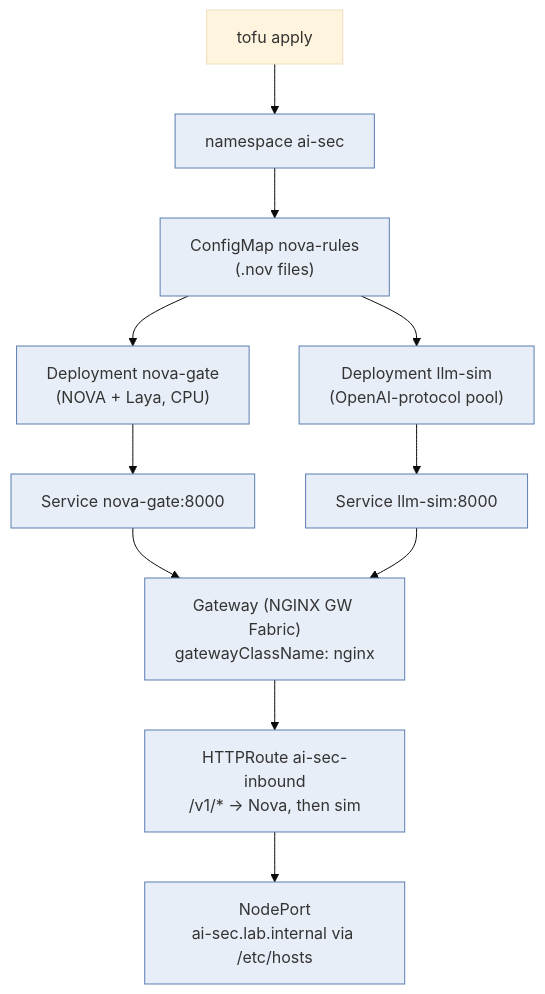
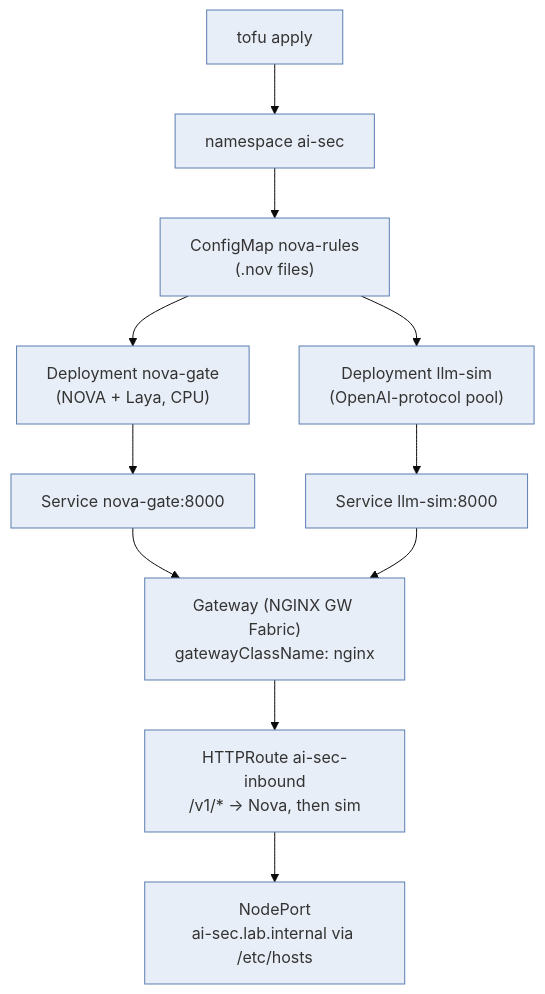
The diagram in assets/mmd/deploy-flow.mmd (shsingh/ai-sec-lab), drawn with Mermaid (base theme) before and after one commit. The commit also changed 17 other files, not shown here.

First line of the commit message:
docs+assets: figure labels M1-M7 -> 01-07 in reading order; unified transparent figure theme

```diff
--- a/assets/mmd/deploy-flow.mmd
+++ b/assets/mmd/deploy-flow.mmd
@@ -1,15 +1,17 @@
-%% M6 — deploy-flow: what tofu creates, in order
+%% Figure 07 — deploy-flow: what tofu creates, in order
 flowchart TB
     TF["tofu apply"] --> NS["namespace ai-sec"]
     NS --> CM["ConfigMap nova-rules<br/>(.nov files)"]
     CM --> DG["Deployment nova-gate<br/>(NOVA + Laya, CPU)"]
     CM --> DS["Deployment llm-sim<br/>(OpenAI-protocol pool)"]
     DG --> SG["Service nova-gate:8000"]
     DS --> SS["Service llm-sim:8000"]
     SG --> GW["Gateway (NGINX GW Fabric)<br/>gatewayClassName: nginx"]
     SS --> GW
     GW --> HR["HTTPRoute ai-sec-inbound<br/>/v1/* → Nova, then sim"]
     HR --> LB["NodePort<br/>ai-sec.lab.internal via /etc/hosts"]
 
     classDef k8s fill:#e8eef7,stroke:#5b7db1
     class NS,CM,DG,DS,SG,SS,GW,HR,LB k8s
+    classDef plain fill:#e8eef7,stroke:#5b7db1,color:#333
+    class TF plain
```
